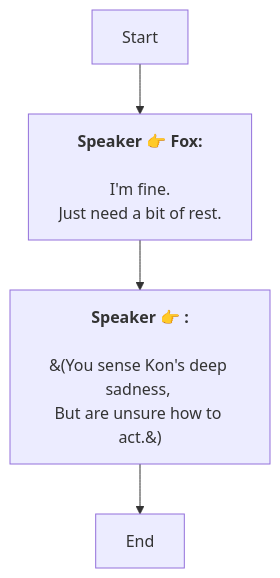
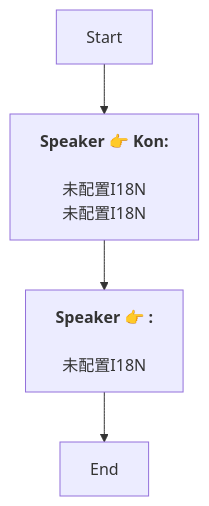
Before and after one commit to SoftHu/tos_avg: the diagram in En/AddDialogNode_1738551309133086.md, drawn with Mermaid. The commit also changed 730 other files, not shown here.

````diff
--- a/En/AddDialogNode_1738551309133086.md
+++ b/En/AddDialogNode_1738551309133086.md
@@ -1,10 +1,9 @@
 ```mermaid
 graph
-Start -->1738551382236449[<b>Speaker 👉 Fox:</b>
-\nI'm fine.\nJust need a bit of rest.]
+Start -->1738551382236449[<b>Speaker 👉 Kon:</b>
+\n未配置I18N\n未配置I18N]
 1738551382236449 -->1738551568188707[<b>Speaker 👉 :</b>
-\n&#40;You sense Kon's deep sadness, 
-But are unsure how to act.&#41;]
+\n未配置I18N]
 1738551568188707 -->1738551384198434[End]
 
 ```
````
